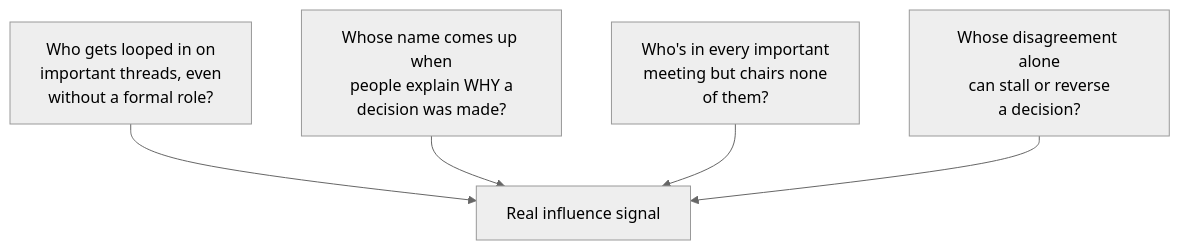
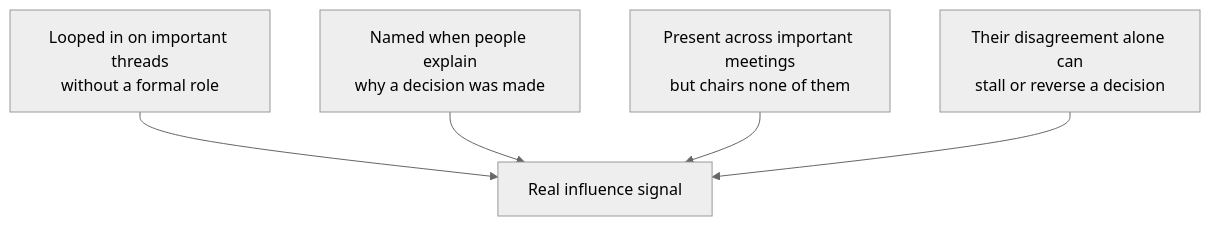
The first of 3 diagrams in src/content/corporate-politics/who-holds-influence/L2-concept.mdx (francoandreDev/knowledge), drawn with Mermaid (neutral theme) before and after one commit. The commit also changed other lines of this file and 3 other files, not shown here.

Commit message:
Migrate corporate-politics/who-holds-influence to the three-tier exercise model

````diff
--- a/src/content/corporate-politics/who-holds-influence/L2-concept.mdx
+++ b/src/content/corporate-politics/who-holds-influence/L2-concept.mdx
@@ -26,7 +32,7 @@
 ```mermaid
 flowchart TD
-    A["Who gets looped in on\nimportant threads, even\nwithout a formal role?"] --> E["Real influence signal"]
-    B["Whose name comes up when\npeople explain WHY a\ndecision was made?"] --> E
-    C["Who's in every important\nmeeting but chairs none\nof them?"] --> E
-    D["Whose disagreement alone\ncan stall or reverse\na decision?"] --> E
+    A["Looped in on important threads<br/>without a formal role"] --> E["Real influence signal"]
+    B["Named when people explain<br/>why a decision was made"] --> E
+    C["Present across important meetings<br/>but chairs none of them"] --> E
+    D["Their disagreement alone can<br/>stall or reverse a decision"] --> E
 ```
````
